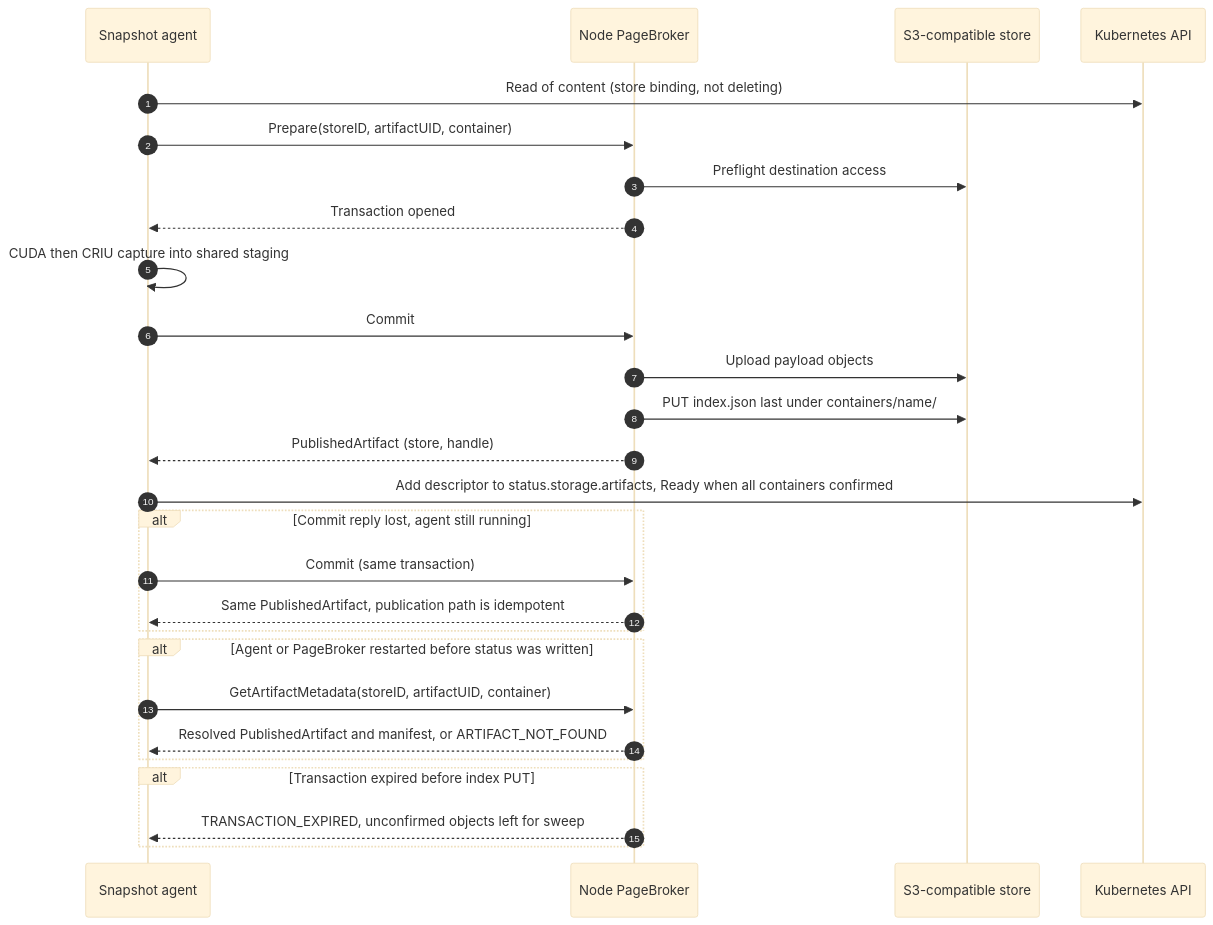
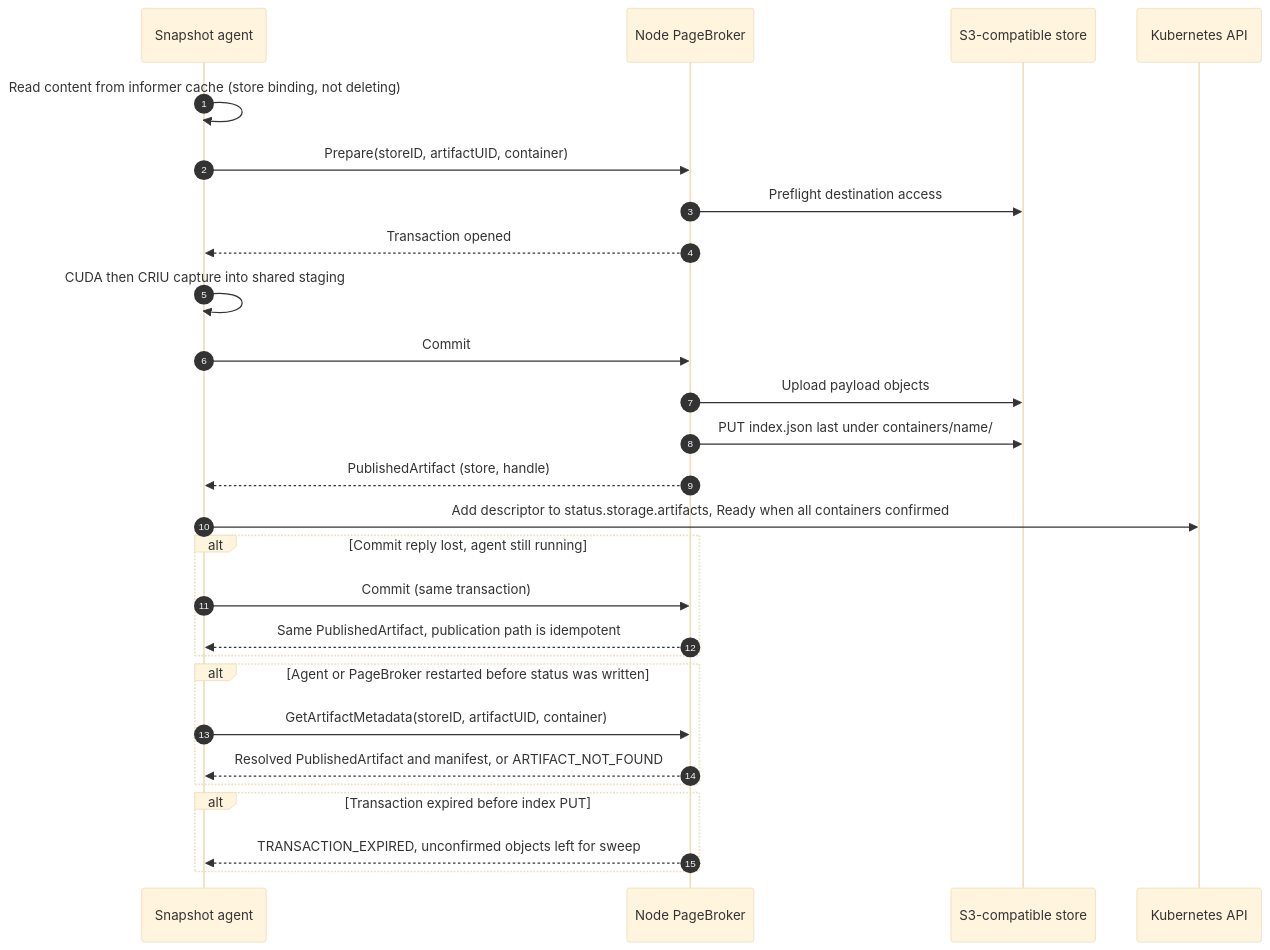
One commit to AlanFokCo/snapshot changed the second of 4 diagrams in docs/proposals/237-s3-storage/README.md. Above: the diagram before and after it, drawn with Mermaid (base theme). The commit also changed other lines of this file, not shown here.

````diff
--- a/docs/proposals/237-s3-storage/README.md
+++ b/docs/proposals/237-s3-storage/README.md
@@ -121,29 +121,29 @@
 ```mermaid
 sequenceDiagram
     autonumber
     participant Agent as Snapshot agent
     participant PB as Node PageBroker
     participant S3 as S3-compatible store
     participant API as Kubernetes API
-    Agent->>API: Read of content (store binding, not deleting)
+    Agent->>Agent: Read content from informer cache (store binding, not deleting)
     Agent->>PB: Prepare(storeID, artifactUID, container)
     PB->>S3: Preflight destination access
     PB-->>Agent: Transaction opened
     Agent->>Agent: CUDA then CRIU capture into shared staging
     Agent->>PB: Commit
     PB->>S3: Upload payload objects
     PB->>S3: PUT index.json last under containers/name/
     PB-->>Agent: PublishedArtifact (store, handle)
     Agent->>API: Add descriptor to status.storage.artifacts, Ready when all containers confirmed
     alt Commit reply lost, agent still running
         Agent->>PB: Commit (same transaction)
         PB-->>Agent: Same PublishedArtifact, publication path is idempotent
     end
     alt Agent or PageBroker restarted before status was written
         Agent->>PB: GetArtifactMetadata(storeID, artifactUID, container)
         PB-->>Agent: Resolved PublishedArtifact and manifest, or ARTIFACT_NOT_FOUND
     end
     alt Transaction expired before index PUT
         PB-->>Agent: TRANSACTION_EXPIRED, unconfirmed objects left for sweep
     end
 ```
````
